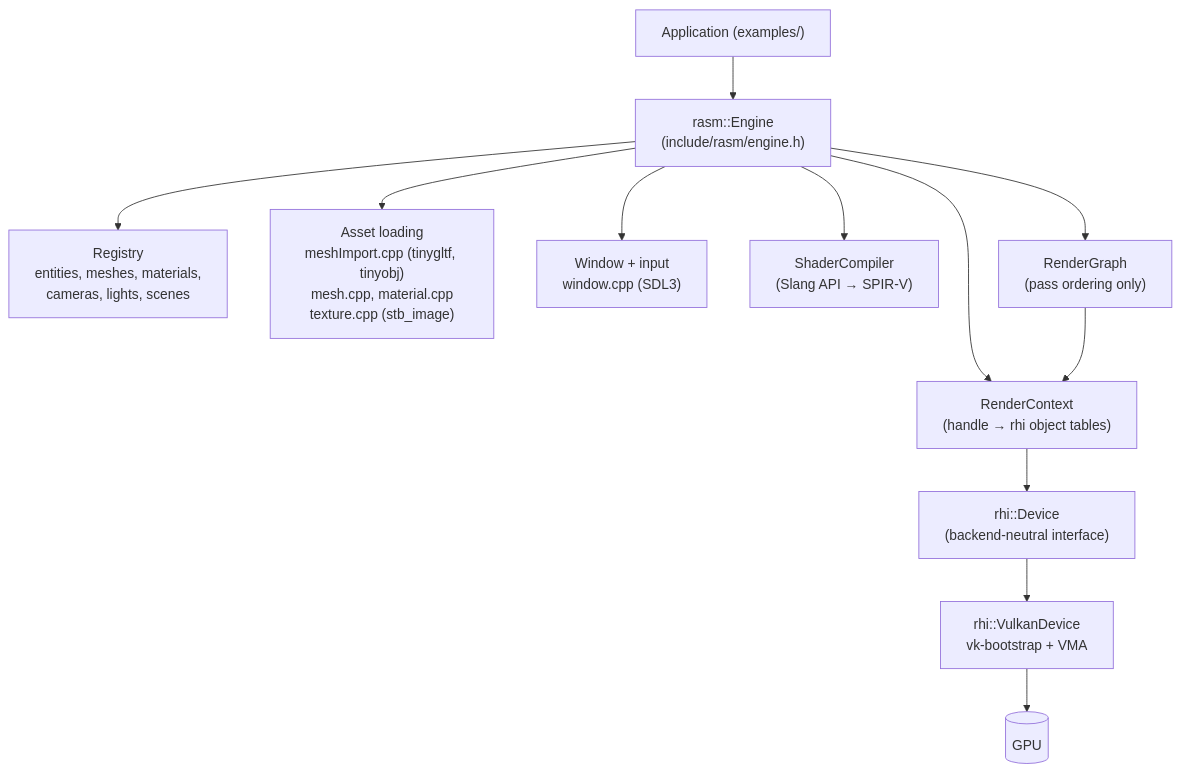
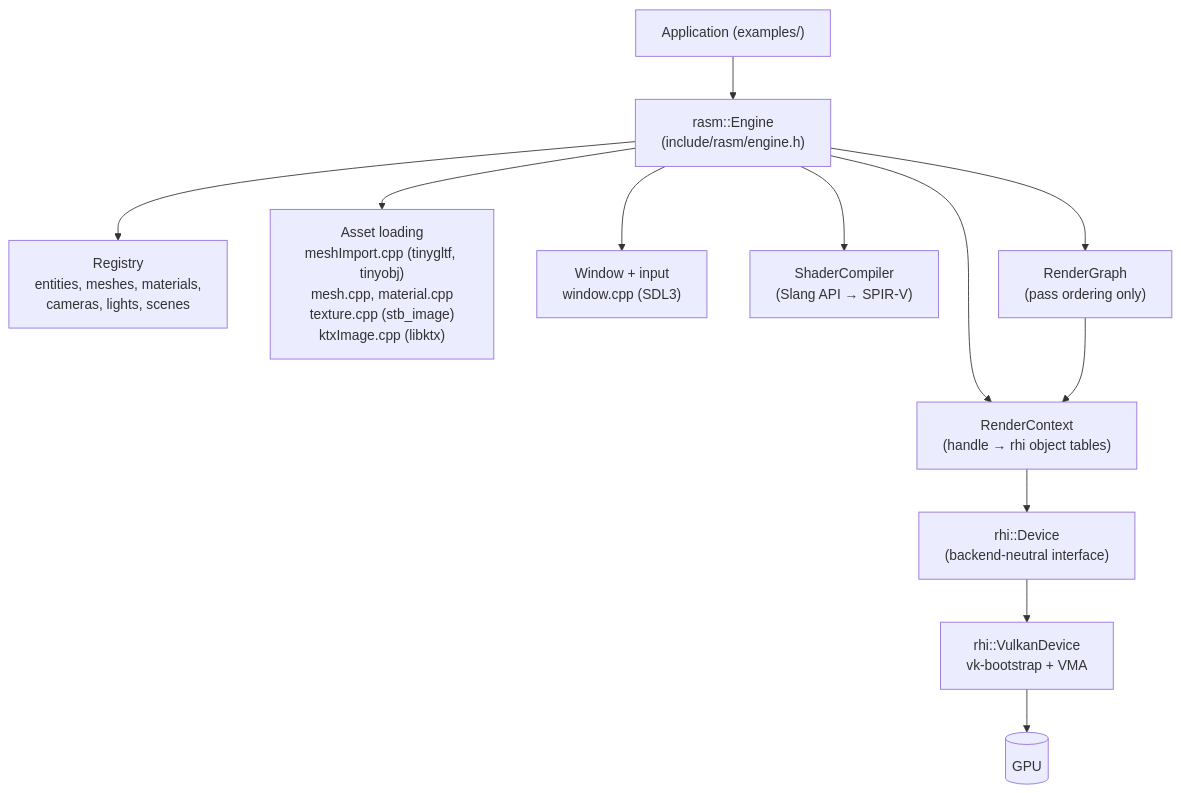
One commit to adel-elmala/rasm changed the first of 3 diagrams in docs/architecture.md. Above: the diagram before and after it, drawn with Mermaid. The commit also changed other lines of this file and 83 other files, not shown here.

First line of the commit message:
feat: ktx2 and basis textures, block-compressed formats and staged texture uploads (#61)

````diff
--- a/docs/architecture.md
+++ b/docs/architecture.md
@@ -9,14 +9,14 @@
 ```mermaid
 flowchart TD
     App["Application (examples/)"] --> Engine["rasm::Engine<br/>(include/rasm/engine.h)"]
     Engine --> Registry["Registry<br/>entities, meshes, materials,<br/>cameras, lights, scenes"]
-    Engine --> Assets["Asset loading<br/>meshImport.cpp (tinygltf, tinyobj)<br/>mesh.cpp, material.cpp<br/>texture.cpp (stb_image)"]
+    Engine --> Assets["Asset loading<br/>meshImport.cpp (tinygltf, tinyobj)<br/>mesh.cpp, material.cpp<br/>texture.cpp (stb_image)<br/>ktxImage.cpp (libktx)"]
     Engine --> Platform["Window + input<br/>window.cpp (SDL3)"]
     Engine --> SC["ShaderCompiler<br/>(Slang API → SPIR-V)"]
     Engine --> RG["RenderGraph<br/>(pass ordering only)"]
     Engine --> RC["RenderContext<br/>(handle → rhi object tables)"]
     RG --> RC
     RC --> DEV["rhi::Device<br/>(backend-neutral interface)"]
     DEV --> VK["rhi::VulkanDevice<br/>vk-bootstrap + VMA"]
     VK --> GPU[(GPU)]
 ```
````
